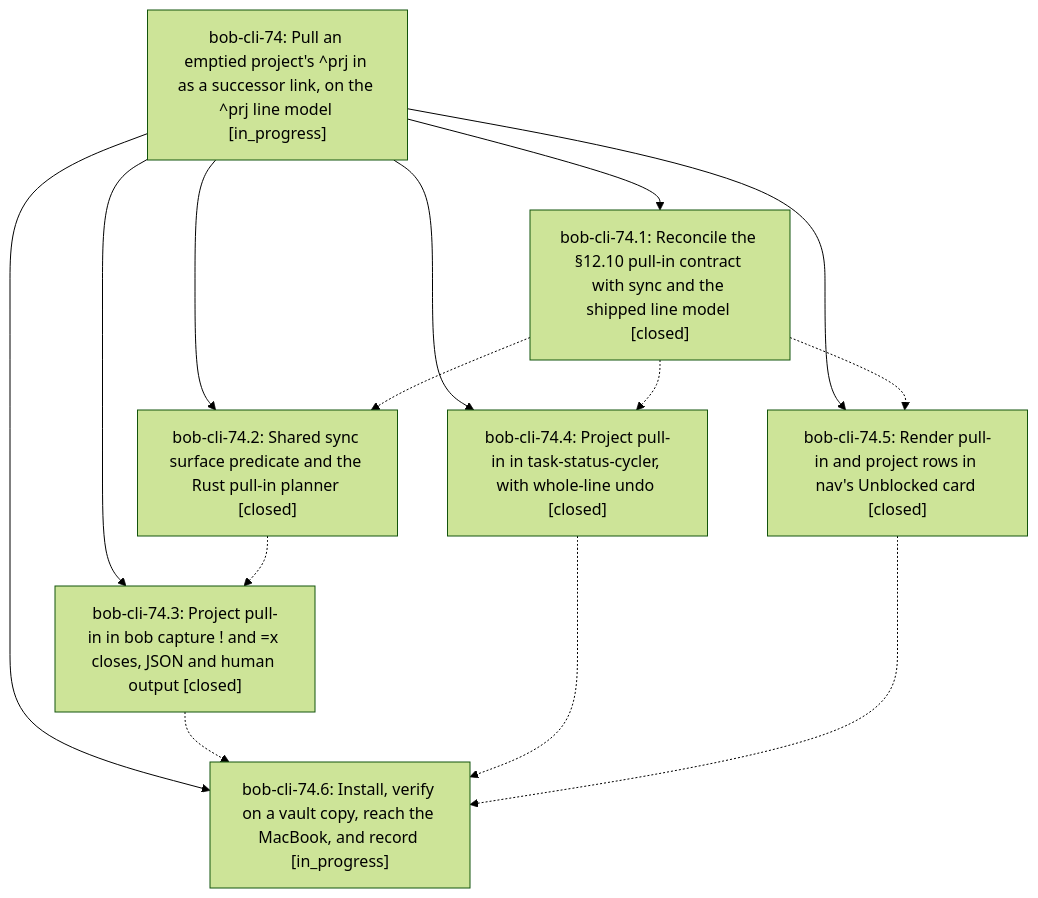
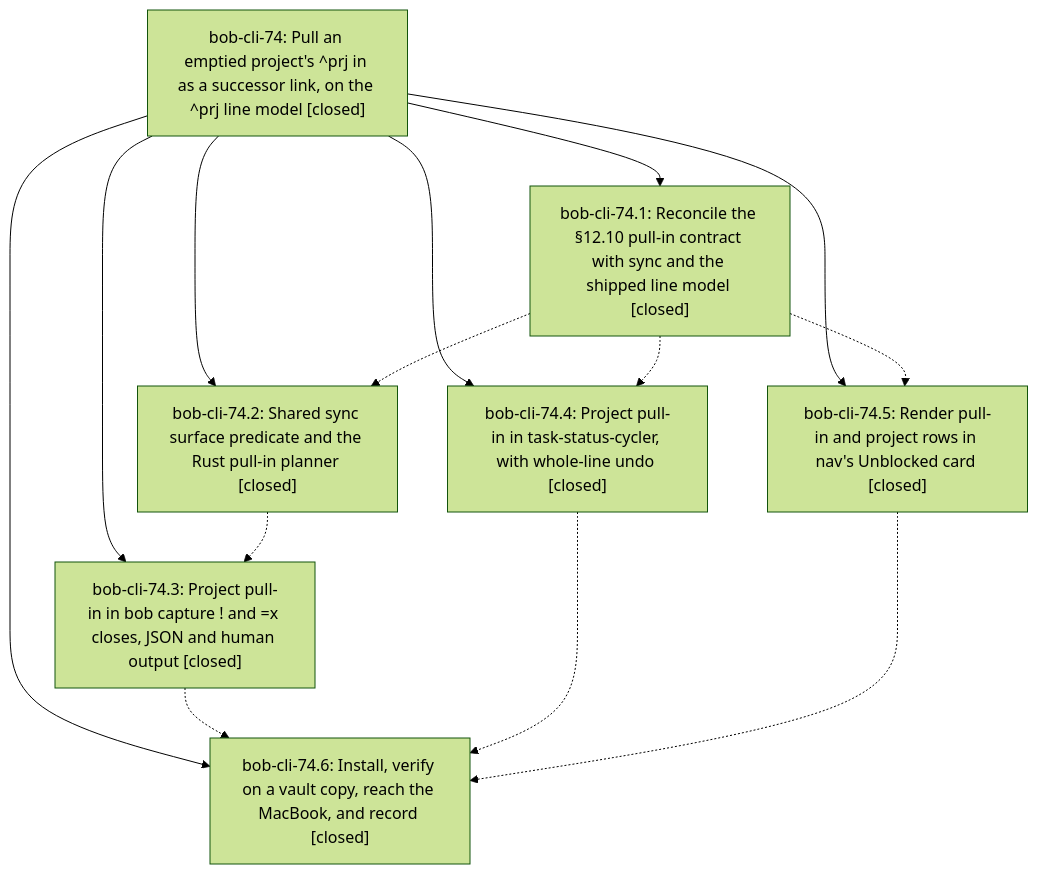
One commit to bobs-org/bob-cli--beads changed the diagram in pages/bob-cli-74/README.md. Above: the diagram before and after it, drawn with Mermaid (forest theme). The commit also changed other lines of this file and 4 other files, not shown here.

First line of the commit message:
chore(beads): sync bead state and pages for bob-cli-74

````diff
--- a/pages/bob-cli-74/README.md
+++ b/pages/bob-cli-74/README.md
@@ -41,23 +51,23 @@
 ```mermaid
 flowchart TD
-    n0["bob-cli-74: Pull an emptied project's ^prj in as a successor link, on the ^prj line model [in_progress]"]
+    n0["bob-cli-74: Pull an emptied project's ^prj in as a successor link, on the ^prj line model [closed]"]
     n1["bob-cli-74.1: Reconcile the §12.10 pull-in contract with sync and the shipped line model [closed]"]
     n2["bob-cli-74.2: Shared sync surface predicate and the Rust pull-in planner [closed]"]
     n3["bob-cli-74.3: Project pull-in in bob capture ! and =x closes, JSON and human output [closed]"]
     n4["bob-cli-74.4: Project pull-in in task-status-cycler, with whole-line undo [closed]"]
     n5["bob-cli-74.5: Render pull-in and project rows in nav's Unblocked card [closed]"]
-    n6["bob-cli-74.6: Install, verify on a vault copy, reach the MacBook, and record [in_progress]"]
+    n6["bob-cli-74.6: Install, verify on a vault copy, reach the MacBook, and record [closed]"]
     n0 --> n1
     n0 --> n2
     n0 --> n3
     n0 --> n4
     n0 --> n5
     n0 --> n6
     n1 -.-> n2
     n1 -.-> n4
     n1 -.-> n5
     n2 -.-> n3
     n3 -.-> n6
     n4 -.-> n6
     n5 -.-> n6
 ```
````
